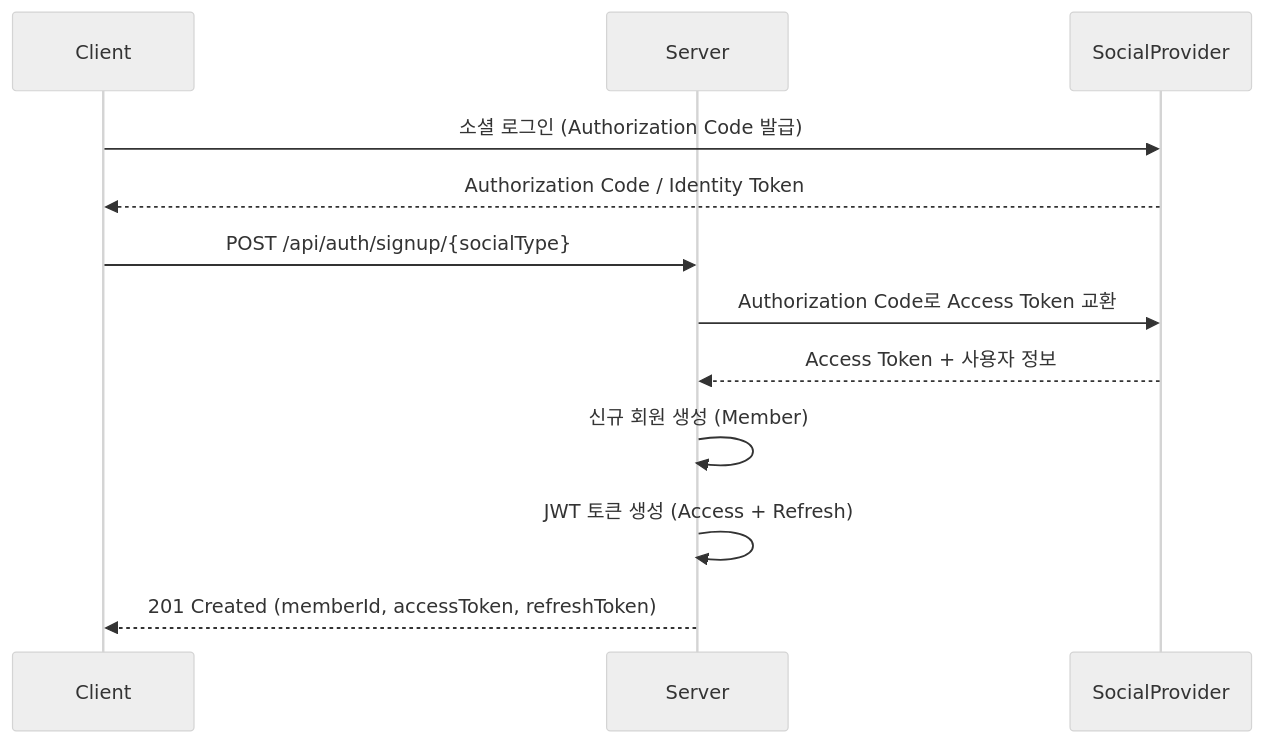
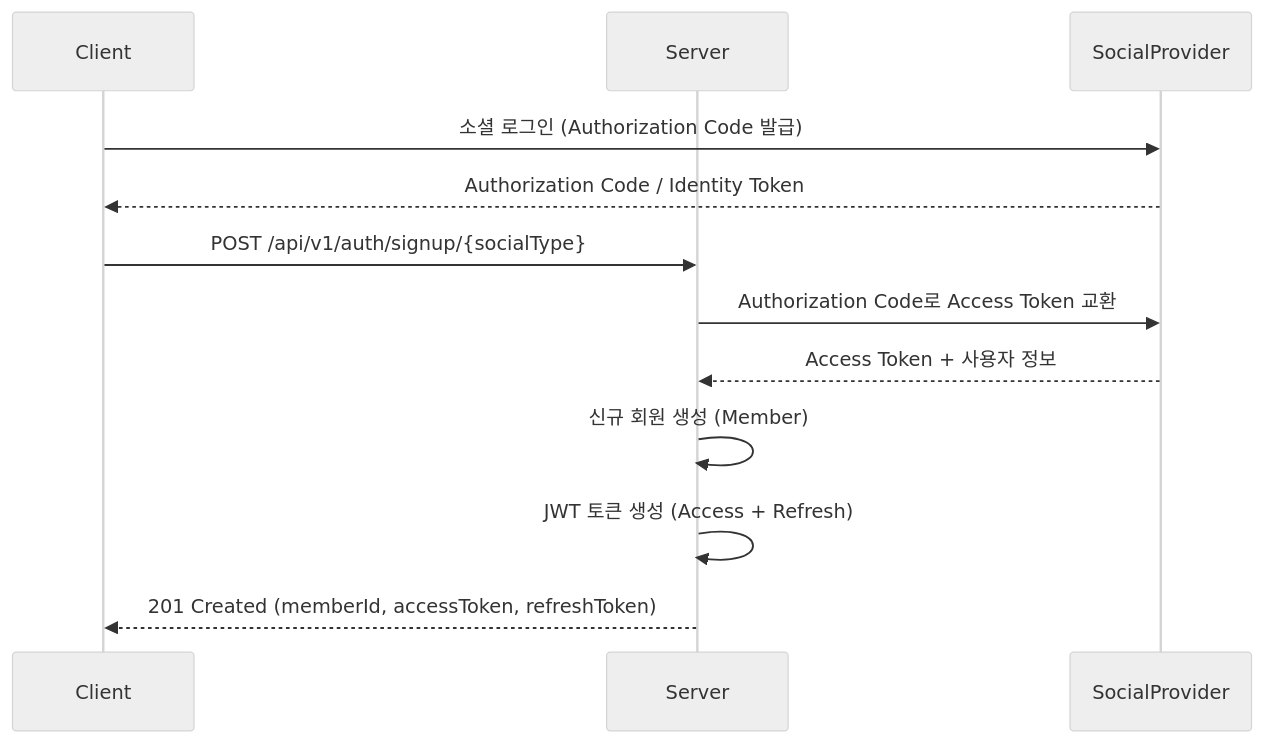
Before and after one commit to focus-to-level-up/api-server: the first of 4 diagrams in API_DOCUMENTATION.md, drawn with Mermaid (neutral theme). The commit also changed other lines of this file and 4 other files, not shown here.

````diff
--- a/API_DOCUMENTATION.md
+++ b/API_DOCUMENTATION.md
@@ -535,15 +535,15 @@
 ```mermaid
 sequenceDiagram
     participant Client
     participant Server
     participant SocialProvider
 
     Client->>SocialProvider: 소셜 로그인 (Authorization Code 발급)
     SocialProvider-->>Client: Authorization Code / Identity Token
-    Client->>Server: POST /api/auth/signup/{socialType}
+    Client->>Server: POST /api/v1/auth/signup/{socialType}
     Server->>SocialProvider: Authorization Code로 Access Token 교환
     SocialProvider-->>Server: Access Token + 사용자 정보
     Server->>Server: 신규 회원 생성 (Member)
     Server->>Server: JWT 토큰 생성 (Access + Refresh)
     Server-->>Client: 201 Created (memberId, accessToken, refreshToken)
 ```
````
